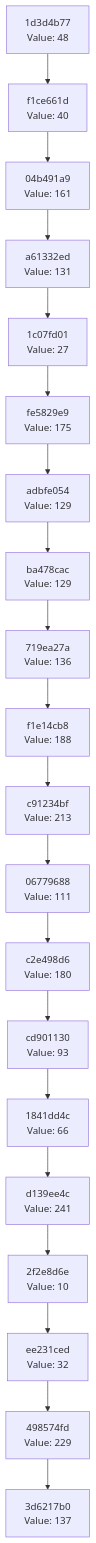
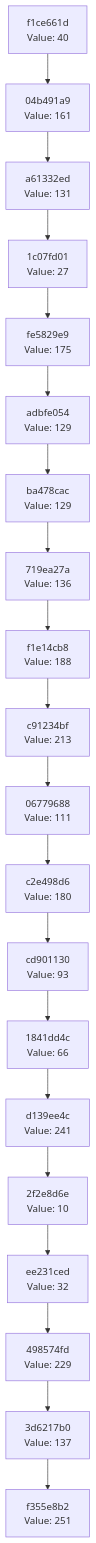
The diagram in docs/CHAIN_VISUALIZATION.md (Abhisheksinha1506/hash-chain-evolver), drawn with Mermaid before and after one commit. The commit also changed 1 other file, not shown here.

Commit message:
Evolution Step

````diff
--- a/docs/CHAIN_VISUALIZATION.md
+++ b/docs/CHAIN_VISUALIZATION.md
@@ -3,42 +3,42 @@
 ```mermaid
 graph TD
-    C0["3d6217b0<br/>Value: 137"]
-    C1["498574fd<br/>Value: 229"]
+    C0["f355e8b2<br/>Value: 251"]
+    C1["3d6217b0<br/>Value: 137"]
     C1 --> C0
-    C2["ee231ced<br/>Value: 32"]
+    C2["498574fd<br/>Value: 229"]
     C2 --> C1
-    C3["2f2e8d6e<br/>Value: 10"]
+    C3["ee231ced<br/>Value: 32"]
     C3 --> C2
-    C4["d139ee4c<br/>Value: 241"]
+    C4["2f2e8d6e<br/>Value: 10"]
     C4 --> C3
-    C5["1841dd4c<br/>Value: 66"]
+    C5["d139ee4c<br/>Value: 241"]
     C5 --> C4
-    C6["cd901130<br/>Value: 93"]
+    C6["1841dd4c<br/>Value: 66"]
     C6 --> C5
-    C7["c2e498d6<br/>Value: 180"]
+    C7["cd901130<br/>Value: 93"]
     C7 --> C6
-    C8["06779688<br/>Value: 111"]
+    C8["c2e498d6<br/>Value: 180"]
     C8 --> C7
-    C9["c91234bf<br/>Value: 213"]
+    C9["06779688<br/>Value: 111"]
     C9 --> C8
-    C10["f1e14cb8<br/>Value: 188"]
+    C10["c91234bf<br/>Value: 213"]
     C10 --> C9
-    C11["719ea27a<br/>Value: 136"]
+    C11["f1e14cb8<br/>Value: 188"]
     C11 --> C10
-    C12["ba478cac<br/>Value: 129"]
+    C12["719ea27a<br/>Value: 136"]
     C12 --> C11
-    C13["adbfe054<br/>Value: 129"]
+    C13["ba478cac<br/>Value: 129"]
     C13 --> C12
-    C14["fe5829e9<br/>Value: 175"]
+    C14["adbfe054<br/>Value: 129"]
     C14 --> C13
-    C15["1c07fd01<br/>Value: 27"]
+    C15["fe5829e9<br/>Value: 175"]
     C15 --> C14
-    C16["a61332ed<br/>Value: 131"]
+    C16["1c07fd01<br/>Value: 27"]
     C16 --> C15
-    C17["04b491a9<br/>Value: 161"]
+    C17["a61332ed<br/>Value: 131"]
     C17 --> C16
-    C18["f1ce661d<br/>Value: 40"]
+    C18["04b491a9<br/>Value: 161"]
     C18 --> C17
-    C19["1d3d4b77<br/>Value: 48"]
+    C19["f1ce661d<br/>Value: 40"]
     C19 --> C18
 ```
````
